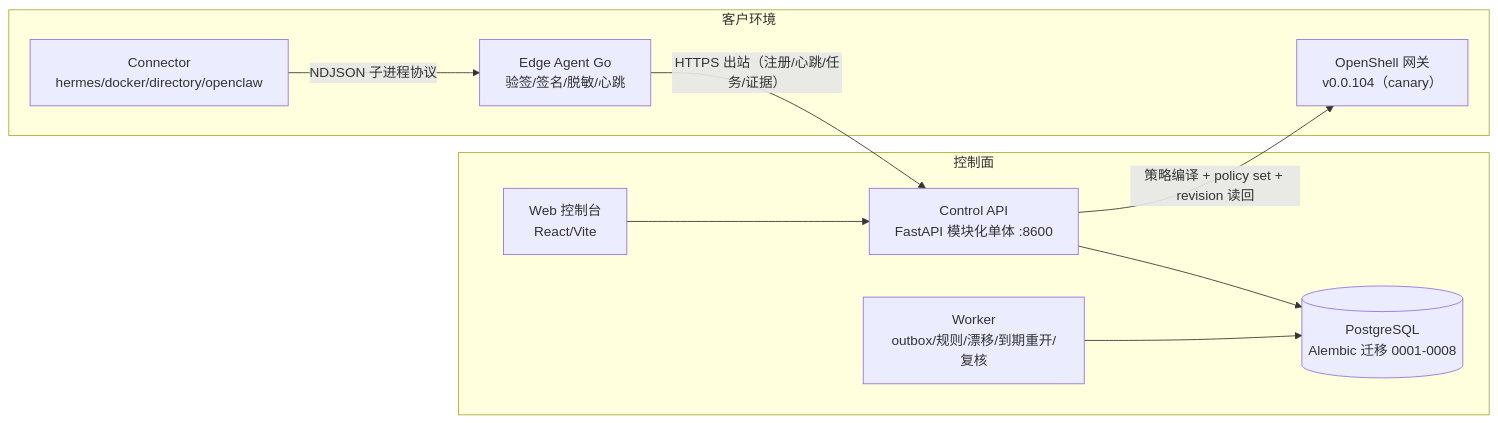
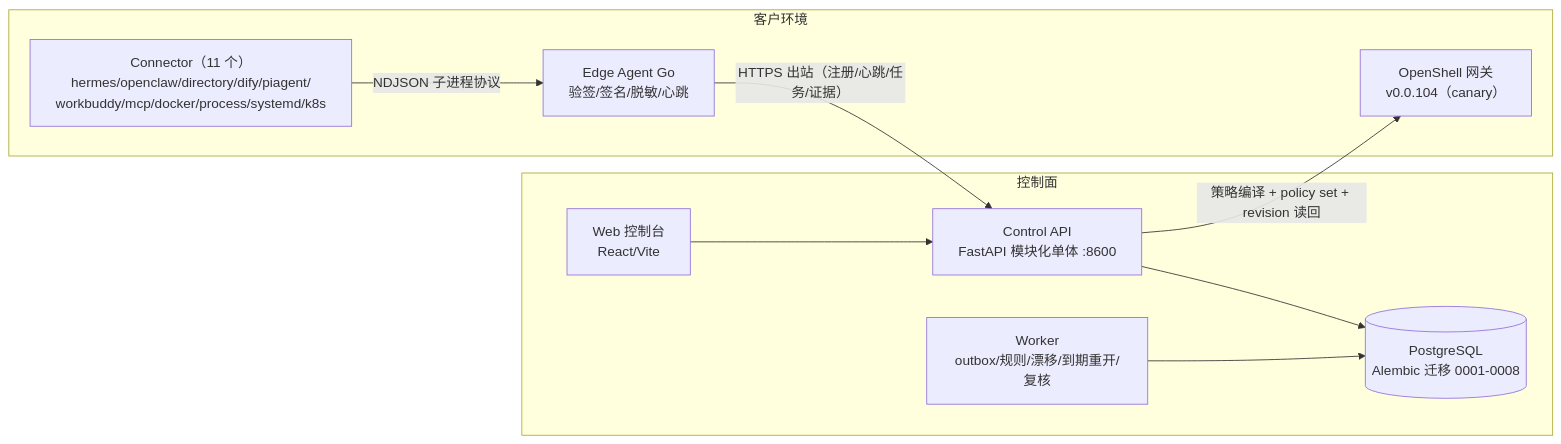
One commit to maoyadongsh/siq-agent-security changed the diagram in README.md. Above: the diagram before and after it, drawn with Mermaid. The commit also changed other lines of this file and 26 other files, not shown here.

````diff
--- a/README.md
+++ b/README.md
@@ -72,20 +73,20 @@
 ```mermaid
 flowchart LR
     subgraph 客户环境
-        C1[Connector<br/>hermes/docker/directory/openclaw]
+        C1[Connector（11 个）<br/>hermes/openclaw/directory/dify/piagent/<br/>workbuddy/mcp/docker/process/systemd/k8s]
         EA[Edge Agent Go<br/>验签/签名/脱敏/心跳]
         C1 -- NDJSON 子进程协议 --> EA
         OS[OpenShell 网关<br/>v0.0.104（canary）]
     end
     subgraph 控制面
         API[Control API<br/>FastAPI 模块化单体 :8600]
         WK[Worker<br/>outbox/规则/漂移/到期重开/复核]
         DB[(PostgreSQL<br/>Alembic 迁移 0001-0008)]
         WEB[Web 控制台<br/>React/Vite]
     end
     EA -- "HTTPS 出站（注册/心跳/任务/证据）" --> API
     API --> DB
     WK --> DB
     WEB --> API
     API -- "策略编译 + policy set + revision 读回" --> OS
 ```
````
